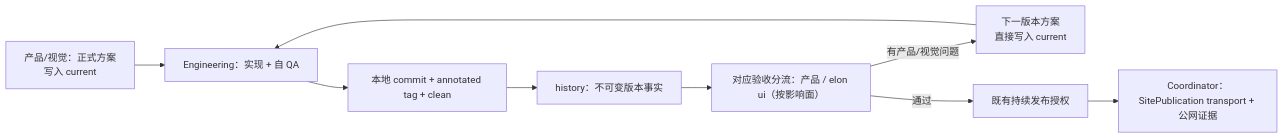
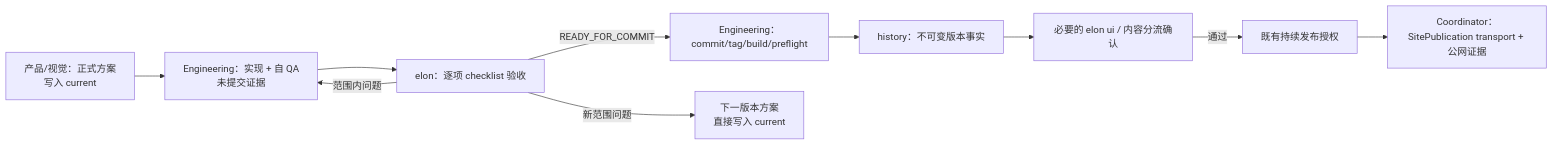
Before and after one commit to xingbuild/xingbuild: the first of 3 diagrams in docs/rules/responsibility-and-workflows.md, drawn with Mermaid. The commit also changed other lines of this file and 22 other files, not shown here.

````diff
--- a/docs/rules/responsibility-and-workflows.md
+++ b/docs/rules/responsibility-and-workflows.md
@@ -25,11 +25,12 @@
 ```mermaid
 flowchart LR
-    A["产品/视觉：正式方案\n写入 current"] --> B["Engineering：实现 + 自 QA"]
-    B --> C["本地 commit + annotated tag + clean"]
-    C --> D["history：不可变版本事实"]
-    D --> E["对应验收分流：产品 / elon ui（按影响面）"]
-    E -->|有产品/视觉问题| F["下一版本方案\n直接写入 current"]
-    F --> B
-    E -->|通过| G["既有持续发布授权"]
+    A["产品/视觉：正式方案\n写入 current"] --> B["Engineering：实现 + 自 QA\n未提交证据"]
+    B --> C["elon：逐项 checklist 验收"]
+    C -->|范围内问题| B
+    C -->|READY_FOR_COMMIT| D["Engineering：commit/tag/build/preflight"]
+    D --> E["history：不可变版本事实"]
+    E --> F["必要的 elon ui / 内容分流确认"]
+    F -->|通过| G["既有持续发布授权"]
     G --> H["Coordinator：SitePublication transport + 公网证据"]
+    C -->|新范围问题| I["下一版本方案\n直接写入 current"]
 ```
````
